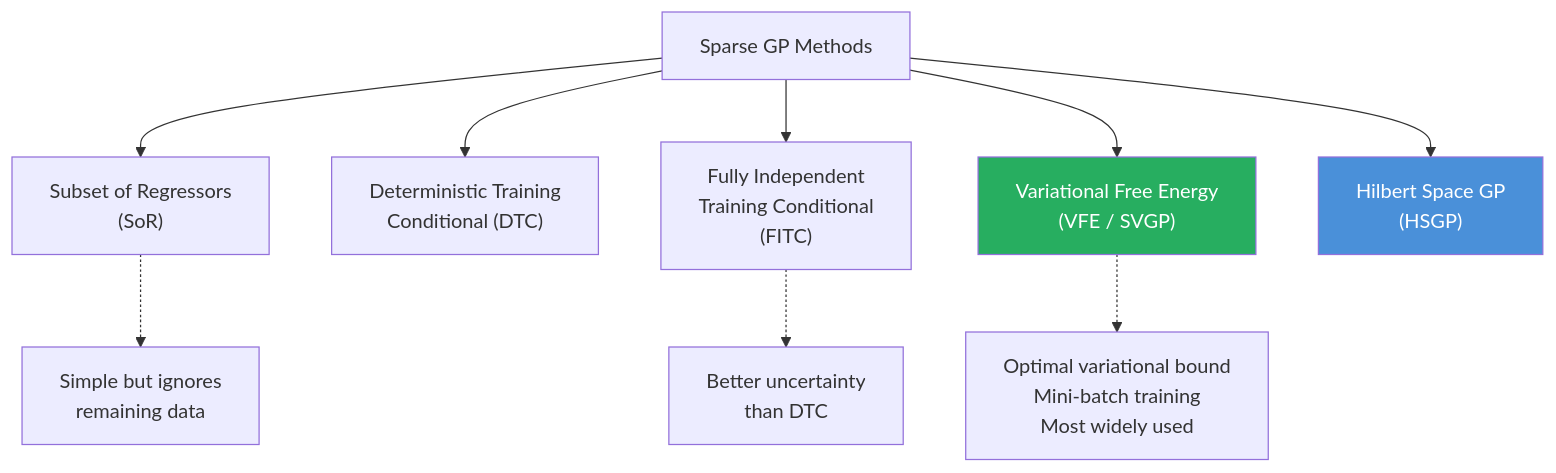
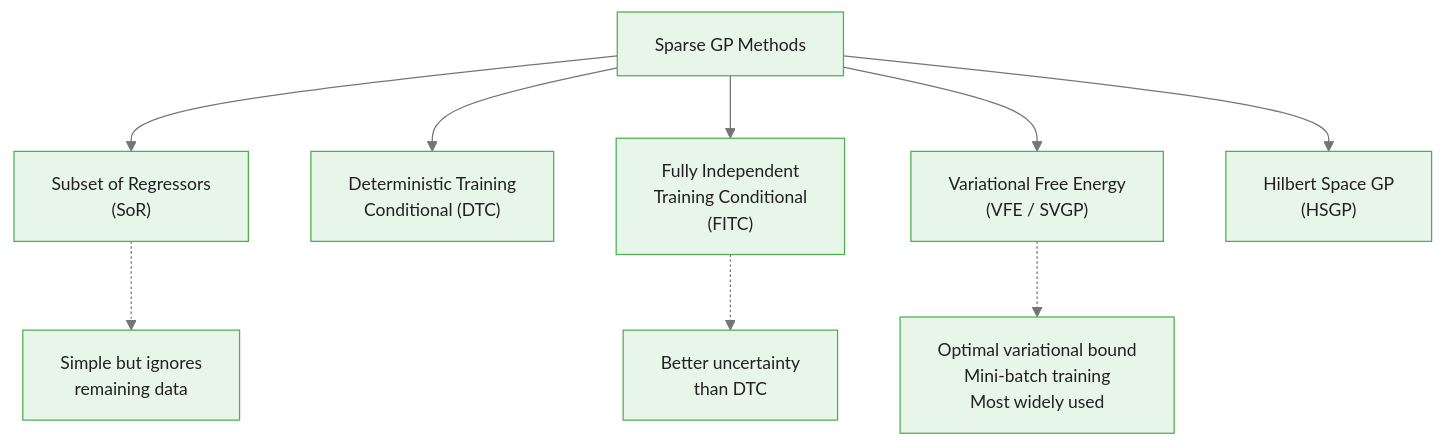
The second of 5 diagrams in courses/bayesian-commodity-forecasting/modules/module_05_gaussian_processes/guides/03_sparse_approximations_slides.md (m-deane/course-creator), drawn with Mermaid before and after one commit. The commit also changed other lines of this file and 104 other files, not shown here.

````diff
--- a/courses/bayesian-commodity-forecasting/modules/module_05_gaussian_processes/guides/03_sparse_approximations_slides.md
+++ b/courses/bayesian-commodity-forecasting/modules/module_05_gaussian_processes/guides/03_sparse_approximations_slides.md
@@ -87,13 +102,12 @@
 ```mermaid
+%%{init: {"theme": "base", "themeVariables": {"primaryColor": "#e8f5e9", "primaryBorderColor": "#4caf50", "primaryTextColor": "#212121", "secondaryColor": "#e3f2fd", "tertiaryColor": "#fff8e1", "lineColor": "#757575", "fontFamily": "Inter, sans-serif", "fontSize": "14px"}}}%%
 flowchart TD
     SPARSE["Sparse GP Methods"] --> SOR["Subset of Regressors\n(SoR)"]
     SPARSE --> DTC["Deterministic Training\nConditional (DTC)"]
     SPARSE --> FITC["Fully Independent\nTraining Conditional\n(FITC)"]
     SPARSE --> VFE["Variational Free Energy\n(VFE / SVGP)"]
     SPARSE --> HSGP["Hilbert Space GP\n(HSGP)"]
     SOR -.-> NOTE1["Simple but ignores\nremaining data"]
     FITC -.-> NOTE2["Better uncertainty\nthan DTC"]
     VFE -.-> NOTE3["Optimal variational bound\nMini-batch training\nMost widely used"]
-    style VFE fill:#27ae60,color:#fff
-    style HSGP fill:#4a90d9,color:#fff
 ```
````
